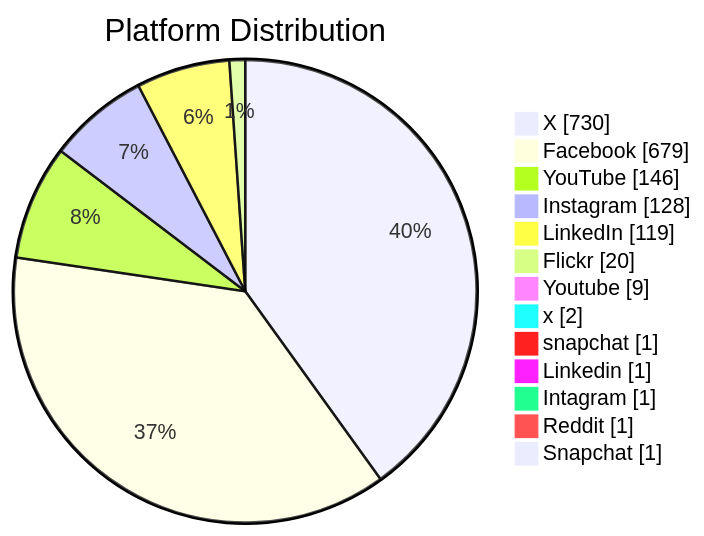
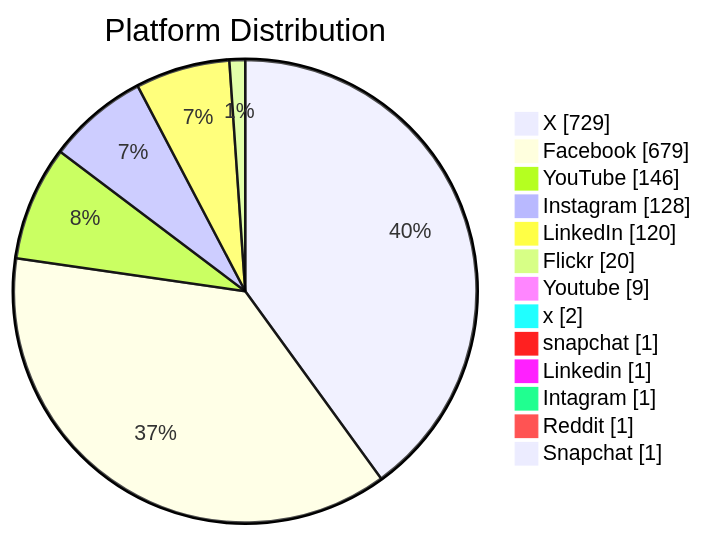
One commit to PatLittle/GC-Socials changed the second of 6 diagrams in README.md. Above: the diagram before and after it, drawn with Mermaid. The commit also changed other lines of this file, not shown here.

Commit message:
Update README with Platform Distribution pie chart

````diff
--- a/README.md
+++ b/README.md
@@ -46,16 +46,16 @@
 ```mermaid
 pie showData title Platform Distribution
-    "X": 730
+    "X": 729
     "Facebook": 679
     "YouTube": 146
     "Instagram": 128
-    "LinkedIn": 119
+    "LinkedIn": 120
     "Flickr": 20
     "Youtube": 9
     "x": 2
     "snapchat": 1
     "Linkedin": 1
     "Intagram": 1
     "Reddit": 1
     "Snapchat": 1
 ```
````
